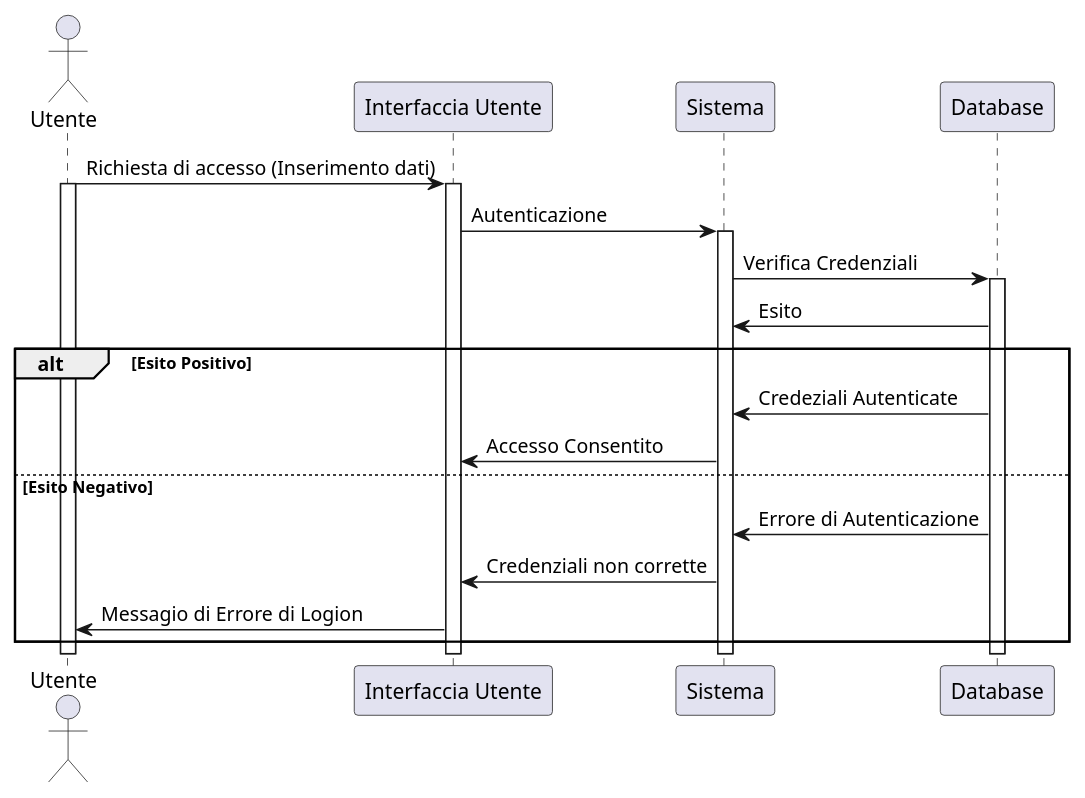
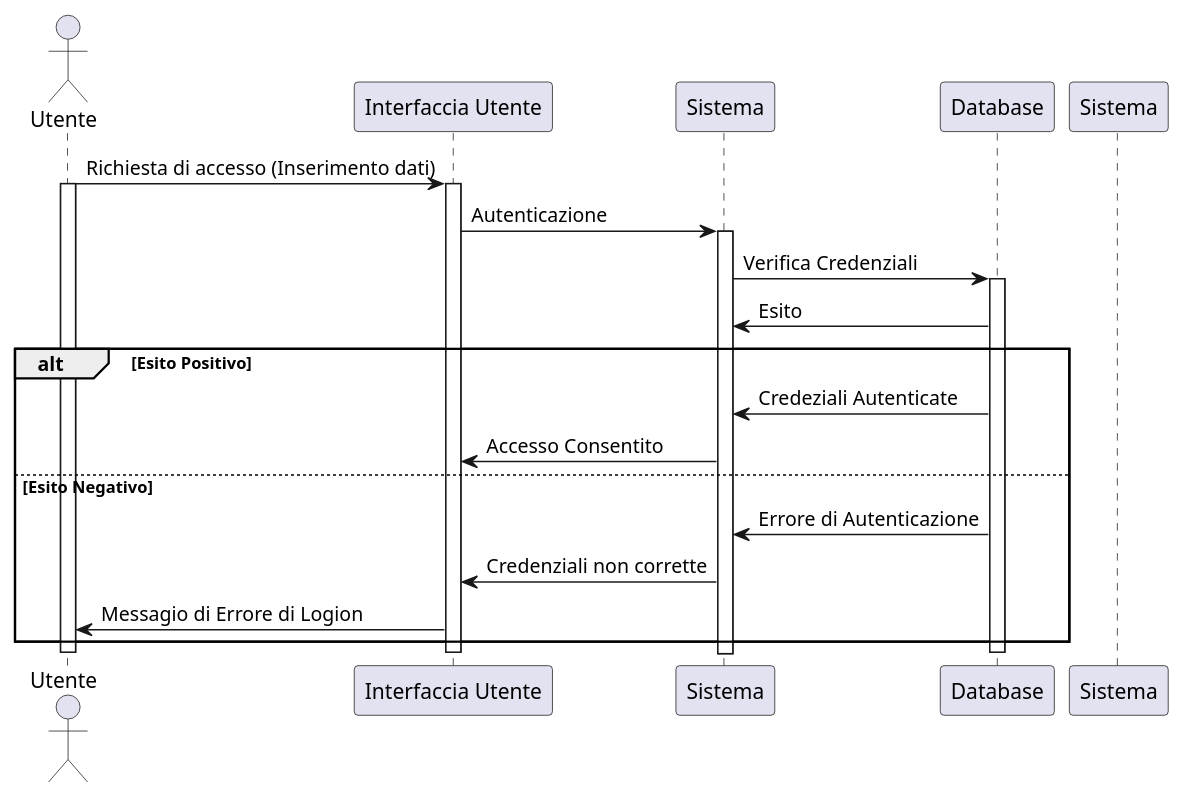
One commit to Air4x/Progetto_ISW changed the diagram in VisualParadigm/diagramma_sequenza_accesso.puml. Above: the diagram before and after it, drawn with PlantUML. The commit also changed 1 other file, not shown here.

```diff
--- a/VisualParadigm/diagramma_sequenza_accesso.puml
+++ b/VisualParadigm/diagramma_sequenza_accesso.puml
@@ -1,26 +1,31 @@
 @startuml
 actor Utente
 
 participant "Interfaccia Utente" as UI
 participant "Sistema" as SI
 participant "Database" as DB
 
 Utente -> UI : Richiesta di accesso (Inserimento dati)
 activate Utente
 activate UI
 UI -> SI : Autenticazione 
 activate SI
 SI -> DB : Verifica Credenziali
 activate DB
 DB ->SI : Esito
 
 alt Esito Positivo
 DB -> SI : Credeziali Autenticate
 SI -> UI: Accesso Consentito
 else Esito Negativo
 DB -> SI : Errore di Autenticazione
 SI -> UI : Credenziali non corrette
 UI -> Utente: Messagio di Errore di Logion
 end
 
+deactivate Utente
+deactivate UI
+deactivate Sistema
+deactivate DB
+
 @enduml
```
